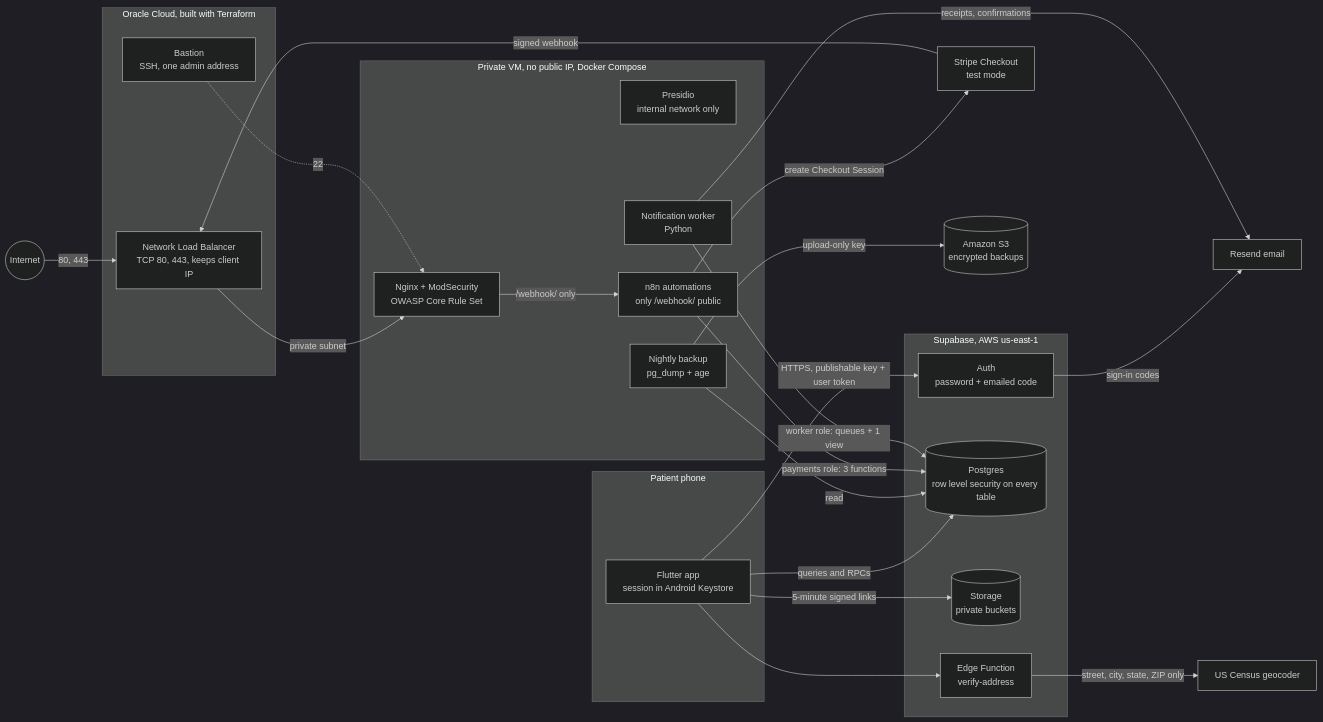
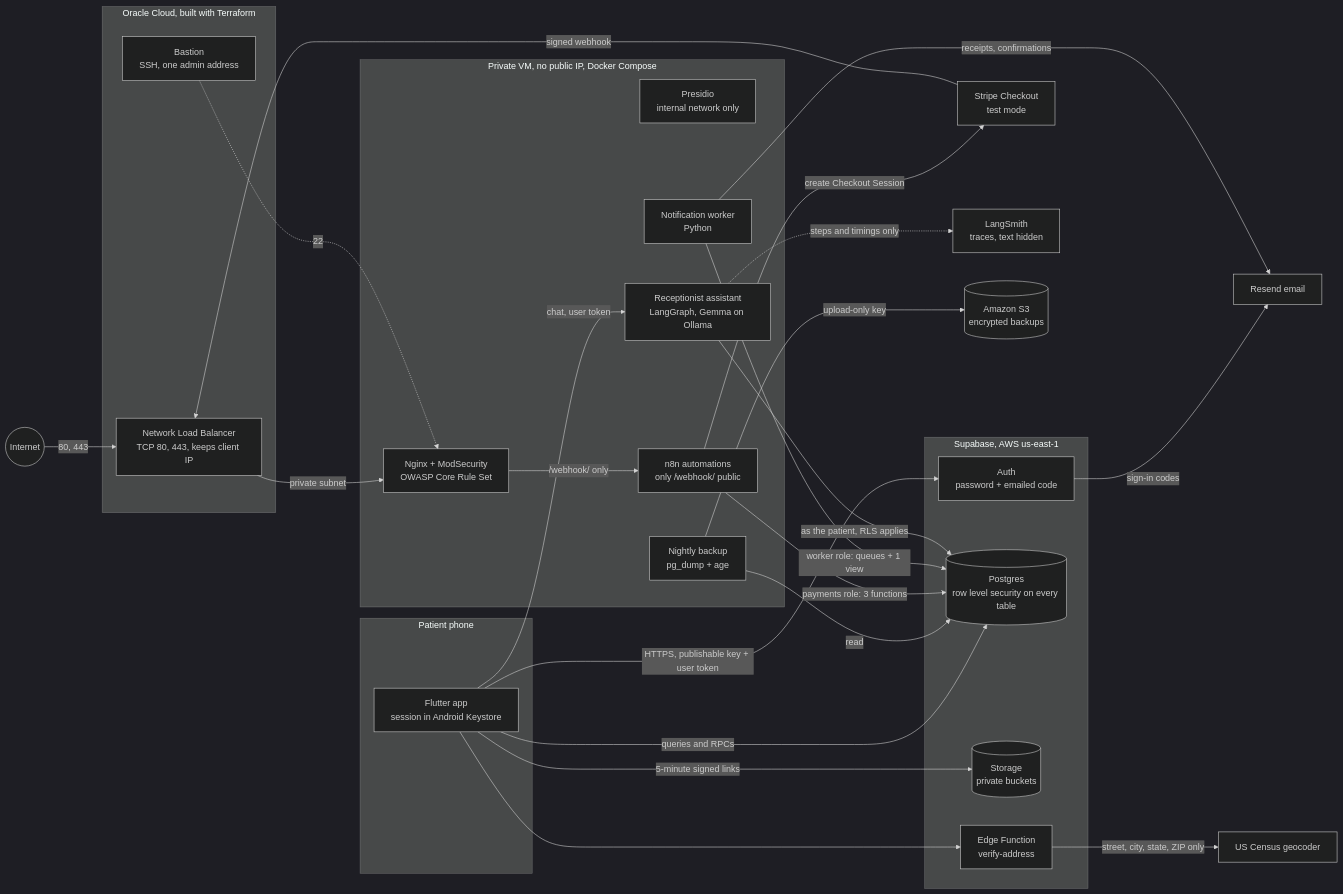
One commit to FionaMich/northgate-dental changed the first of 4 diagrams in README.md. Above: the diagram before and after it, drawn with Mermaid (dark theme). The commit also changed other lines of this file and 10 other files, not shown here.

First line of the commit message:
docs(readme): the receptionist assistant and tooth chart, step by step; localized confirmation cards (#95)

````diff
--- a/README.md
+++ b/README.md
@@ -19,43 +19,48 @@
 ```mermaid
 flowchart LR
   subgraph phone[Patient phone]
     app[Flutter app<br/>session in Android Keystore]
   end
   subgraph supabase[Supabase, AWS us-east-1]
     auth[Auth<br/>password + emailed code]
     db[(Postgres<br/>row level security on every table)]
     storage[(Storage<br/>private buckets)]
     fn[Edge Function<br/>verify-address]
   end
   subgraph oci[Oracle Cloud, built with Terraform]
     nlb[Network Load Balancer<br/>TCP 80, 443, keeps client IP]
     bastion[Bastion<br/>SSH, one admin address]
   end
   subgraph vm[Private VM, no public IP, Docker Compose]
     waf[Nginx + ModSecurity<br/>OWASP Core Rule Set]
     presidio[Presidio<br/>internal network only]
     backup[Nightly backup<br/>pg_dump + age]
     worker[Notification worker<br/>Python]
     n8n[n8n automations<br/>only /webhook/ public]
+    agent[Receptionist assistant<br/>LangGraph, Gemma on Ollama]
   end
   census[US Census geocoder]
   resend[Resend email]
   stripe[Stripe Checkout<br/>test mode]
+  langsmith[LangSmith<br/>traces, text hidden]
   s3[(Amazon S3<br/>encrypted backups)]
 
   app -->|HTTPS, publishable key + user token| auth
   app -->|queries and RPCs| db
   app -->|5-minute signed links| storage
   app --> fn -->|street, city, state, ZIP only| census
   auth -->|sign-in codes| resend
   internet((Internet)) -->|80, 443| nlb -->|private subnet| waf
   bastion -.->|22| waf
   backup -->|read| db
   backup -->|upload-only key| s3
   waf -->|/webhook/ only| n8n
   stripe -->|signed webhook| nlb
   n8n -->|payments role: 3 functions| db
   n8n -->|create Checkout Session| stripe
   worker -->|worker role: queues + 1 view| db
   worker -->|receipts, confirmations| resend
+  app -->|chat, user token| agent
+  agent -->|as the patient, RLS applies| db
+  agent -.->|steps and timings only| langsmith
 ```
````
